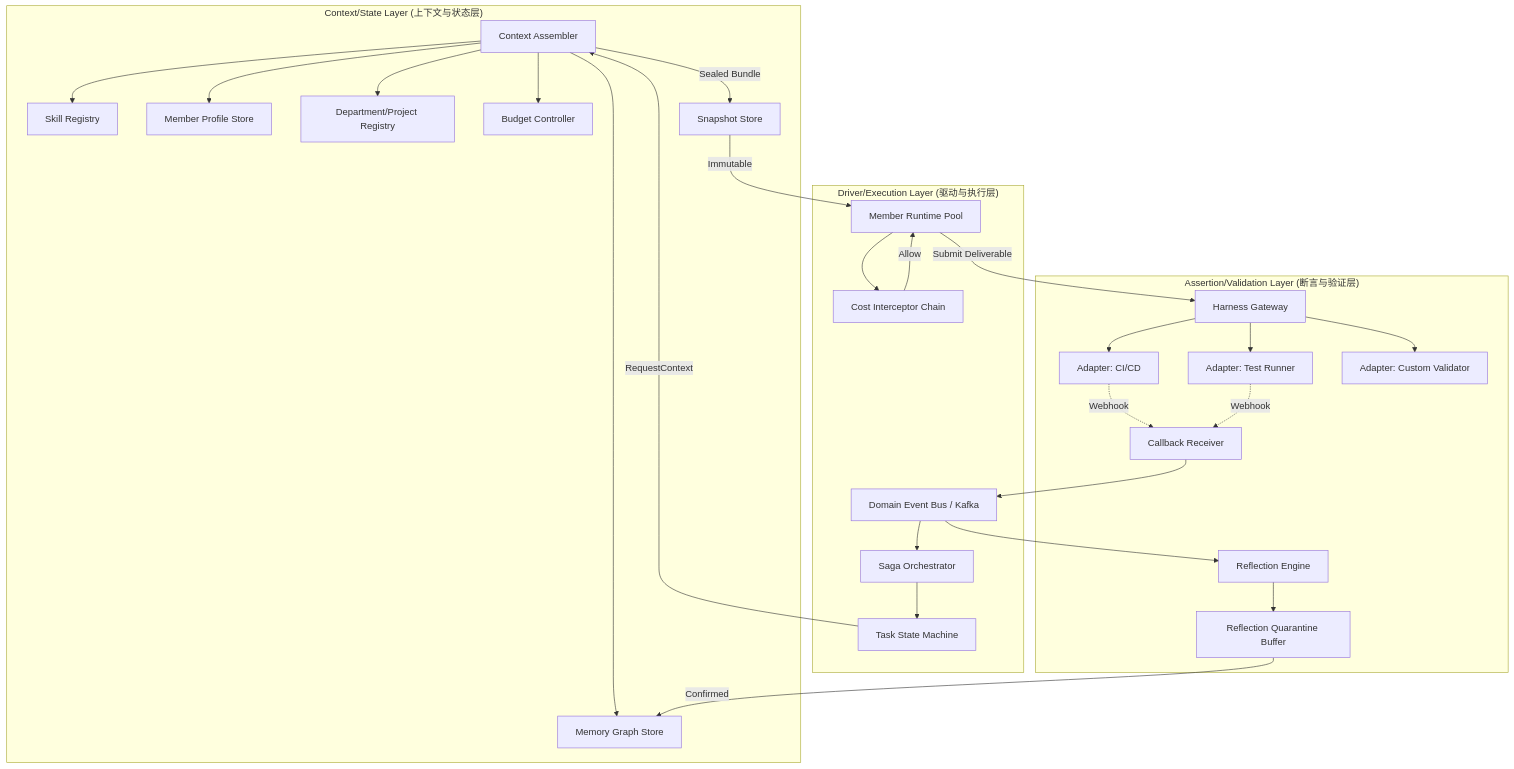
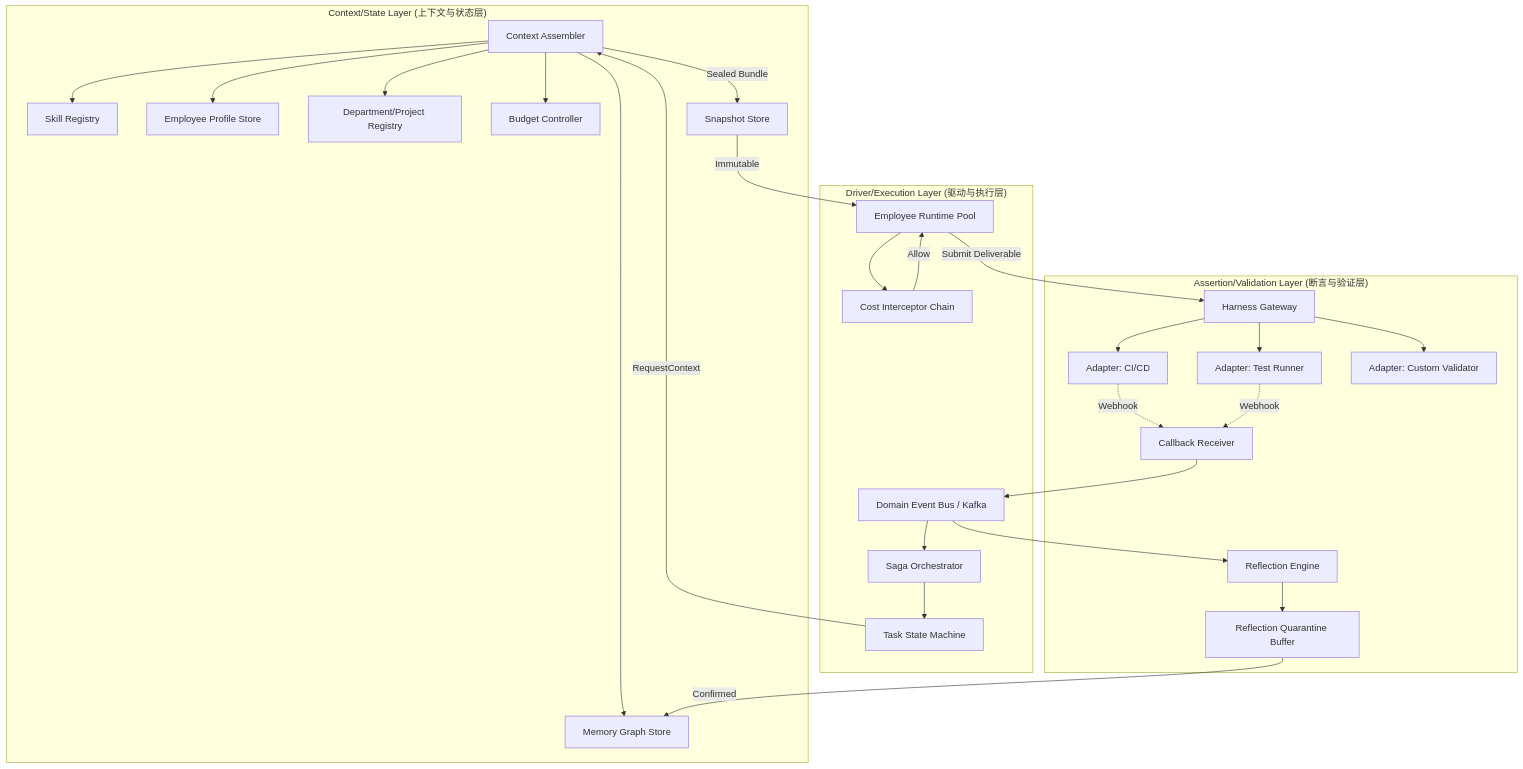
One commit to shiqiangli/AITeamOS changed the first of 2 diagrams in docs/arch.md. Above: the diagram before and after it, drawn with Mermaid. The commit also changed other lines of this file and 67 other files, not shown here.

````diff
--- a/docs/arch.md
+++ b/docs/arch.md
@@ -46,53 +46,53 @@
 ```mermaid
 graph TB
     subgraph CL["Context/State Layer (上下文与状态层)"]
         MG[Memory Graph Store]
         SR[Skill Registry]
-        MP[Member Profile Store]
+        MP[Employee Profile Store]
         DR[Department/Project Registry]
         CA[Context Assembler]
         BC[Budget Controller]
         SS[Snapshot Store]
     end
 
     subgraph DL["Driver/Execution Layer (驱动与执行层)"]
         TM[Task State Machine]
         SAGA[Saga Orchestrator]
-        MR[Member Runtime Pool]
+        MR[Employee Runtime Pool]
         CI[Cost Interceptor Chain]
         EB[Domain Event Bus / Kafka]
     end
 
     subgraph AL["Assertion/Validation Layer (断言与验证层)"]
         HG[Harness Gateway]
         HA1[Adapter: CI/CD]
         HA2[Adapter: Test Runner]
         HA3[Adapter: Custom Validator]
         CB[Callback Receiver]
         RE[Reflection Engine]
         QB[Reflection Quarantine Buffer]
     end
 
     TM -->|RequestContext| CA
     CA --> MG
     CA --> SR
     CA --> MP
     CA --> DR
     CA --> BC
     CA -->|Sealed Bundle| SS
     SS -->|Immutable| MR
     MR --> CI
     CI -->|Allow| MR
     MR -->|Submit Deliverable| HG
     HG --> HA1
     HG --> HA2
     HG --> HA3
     HA1 -.Webhook.-> CB
     HA2 -.Webhook.-> CB
     CB --> EB
     EB --> SAGA
     SAGA --> TM
     EB --> RE
     RE --> QB
     QB -->|Confirmed| MG
 ```
````
